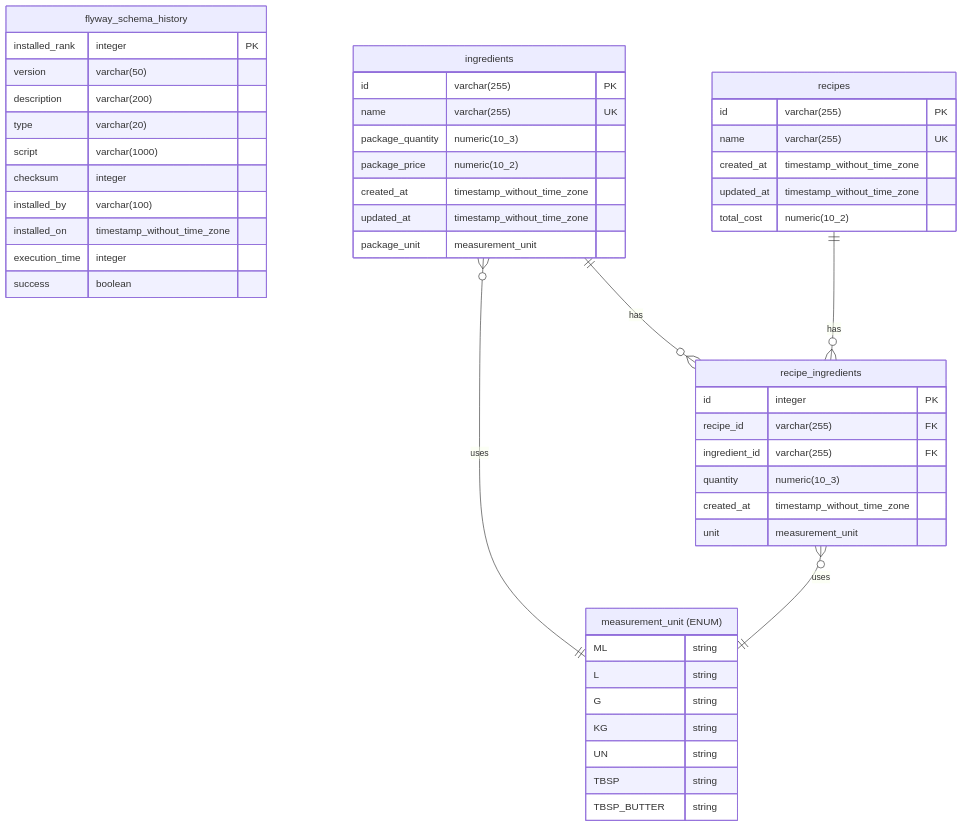
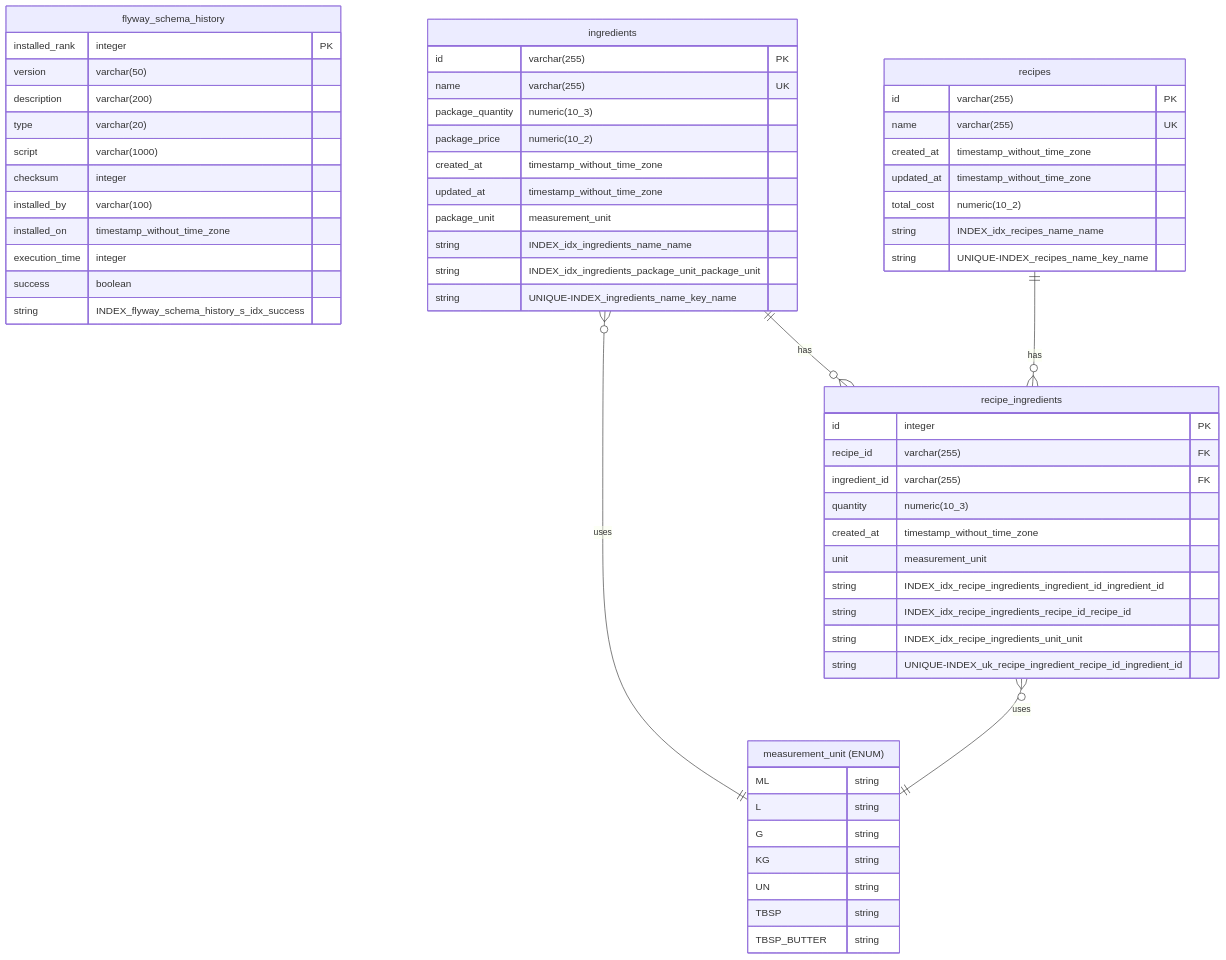
The diagram in docs/database-er-diagram.mmd (ViniciusDev26/costify), drawn with Mermaid before and after one commit. The commit also changed 1 other file, not shown here.

Commit message:
📊 update database ER diagram and documentation [skip ci]

```diff
--- a/docs/database-er-diagram.mmd
+++ b/docs/database-er-diagram.mmd
@@ -1,57 +1,67 @@
 erDiagram
 
     "measurement_unit (ENUM)" {
         ML string
         L string
         G string
         KG string
         UN string
         TBSP string
         TBSP_BUTTER string
     }
 
     flyway_schema_history {
         installed_rank integer PK
         version varchar(50)
         description varchar(200)
         type varchar(20)
         script varchar(1000)
         checksum integer
         installed_by varchar(100)
         installed_on timestamp_without_time_zone
         execution_time integer
         success boolean
+        string INDEX_flyway_schema_history_s_idx_success
     }
 
     ingredients {
         id varchar(255) PK
         name varchar(255) UK
         package_quantity numeric(10_3)
         package_price numeric(10_2)
         created_at timestamp_without_time_zone
         updated_at timestamp_without_time_zone
         package_unit measurement_unit
+        string INDEX_idx_ingredients_name_name
+        string INDEX_idx_ingredients_package_unit_package_unit
+        string UNIQUE-INDEX_ingredients_name_key_name
     }
 
     recipe_ingredients {
         id integer PK
         recipe_id varchar(255) FK
         ingredient_id varchar(255) FK
         quantity numeric(10_3)
         created_at timestamp_without_time_zone
         unit measurement_unit
+        string INDEX_idx_recipe_ingredients_ingredient_id_ingredient_id
+        string INDEX_idx_recipe_ingredients_recipe_id_recipe_id
+        string INDEX_idx_recipe_ingredients_unit_unit
+        string UNIQUE-INDEX_uk_recipe_ingredient_recipe_id_ingredient_id
     }
 
     recipes {
         id varchar(255) PK
         name varchar(255) UK
         created_at timestamp_without_time_zone
         updated_at timestamp_without_time_zone
         total_cost numeric(10_2)
+        string INDEX_idx_recipes_name_name
+        string UNIQUE-INDEX_recipes_name_key_name
     }
 
     ingredients ||--o{ recipe_ingredients : "has"
     recipes ||--o{ recipe_ingredients : "has"
 
     ingredients }o--|| "measurement_unit (ENUM)" : "uses"
     recipe_ingredients }o--|| "measurement_unit (ENUM)" : "uses"
```
